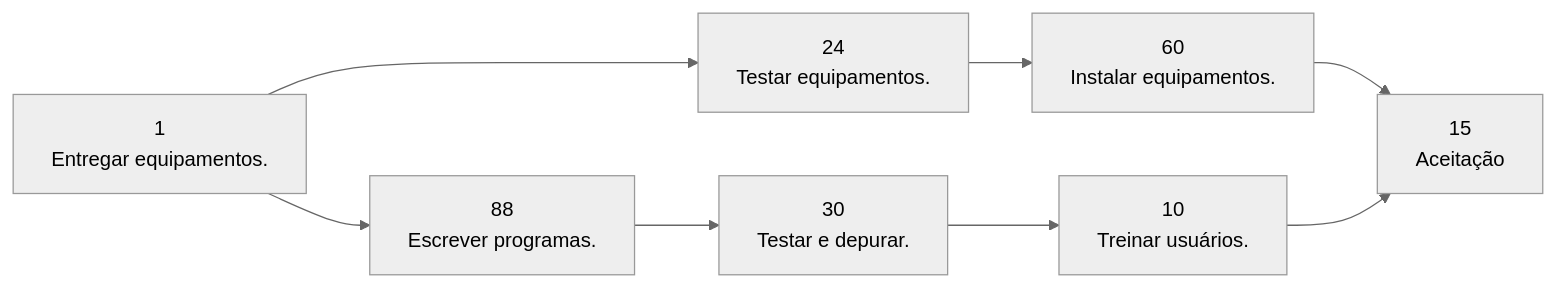
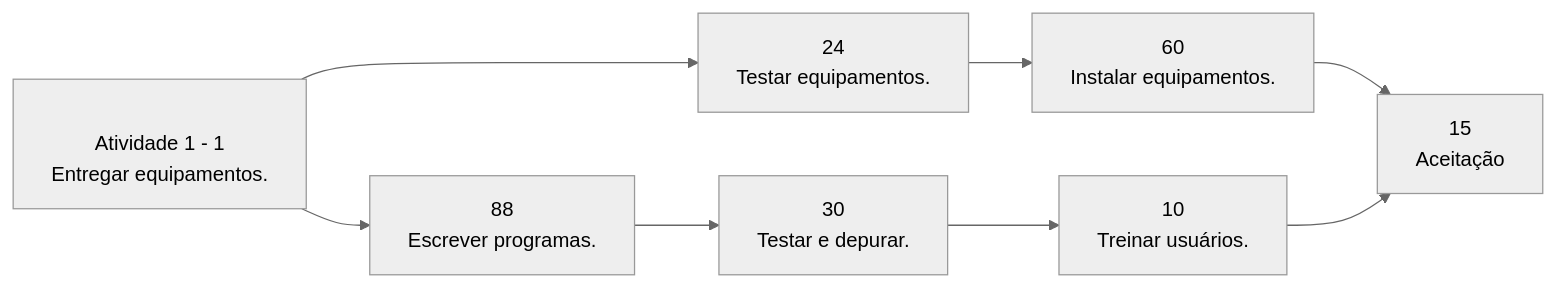
One commit to hmbenicio/DevDocTemplate changed the third of 3 diagrams in Docs/02-Especificação do Projeto.md. Above: the diagram before and after it, drawn with Mermaid (neutral theme). The commit also changed other lines of this file, not shown here.

Commit message:
Update 02-Especificação do Projeto.md

````diff
--- a/Docs/02-Especificação do Projeto.md
+++ b/Docs/02-Especificação do Projeto.md
@@ -154,10 +154,10 @@
 ```mermaid
 flowchart LR
-    A1[1<br>Entregar equipamentos.] --> A2[24<br>Testar equipamentos.]
+    A1[<br>Atividade 1 - 1<br>Entregar equipamentos.] --> A2[24<br>Testar equipamentos.]
     A1 --> A4[88<br>Escrever programas.]
     A2 --> A3[60<br>Instalar equipamentos.]
     A4 --> A5[30<br>Testar e depurar.]
     A5 --> A6[10<br>Treinar usuários.]
     A3 --> A7[15<br>Aceitação]
     A6 --> A7
 ```
````
